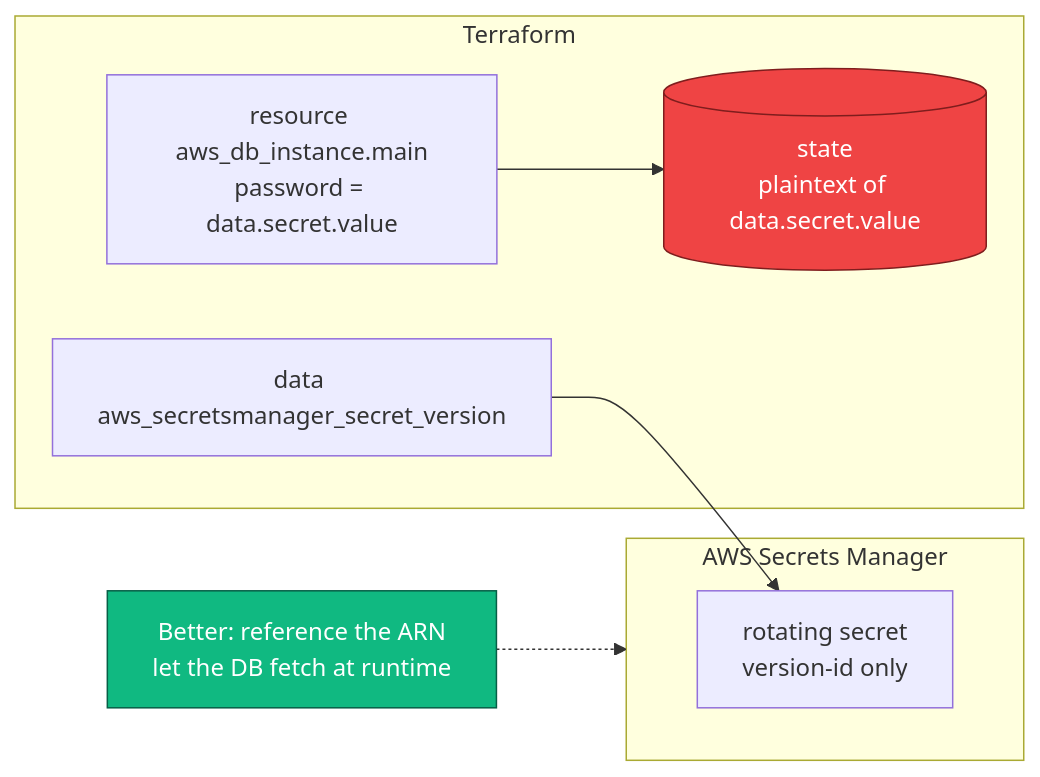
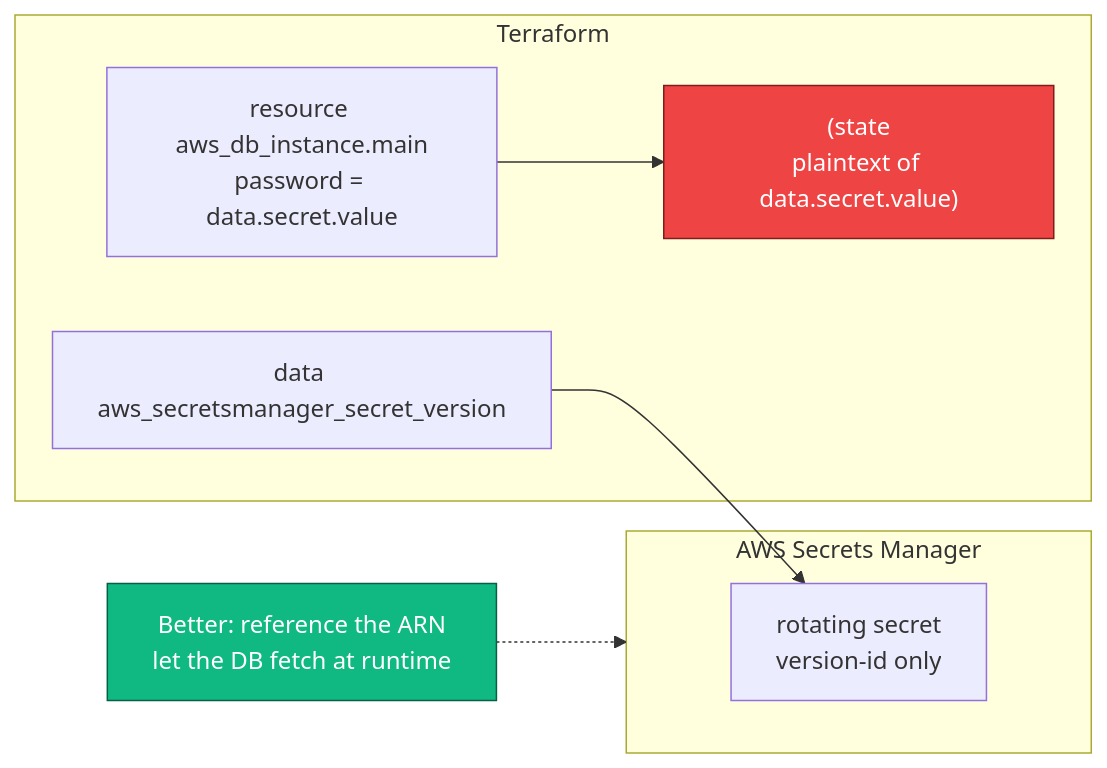
Before and after one commit to srinivaskona7/devops-learning: diagram 12 of 12 in 07-terraform/README.md, drawn with Mermaid. The commit also changed other lines of this file and 220 other files, not shown here.

````diff
--- a/07-terraform/README.md
+++ b/07-terraform/README.md
@@ -1386,16 +1468,16 @@
 ```mermaid
 flowchart LR
   subgraph tf[Terraform]
     DATA[data aws_secretsmanager_secret_version]
-    RES[resource aws_db_instance.main<br/>password = data.secret.value]
-    STATE[(state<br/>plaintext of data.secret.value)]
+    RES["resource aws_db_instance.main<br/>password = data.secret.value"]
+    STATE["(state<br/>plaintext of data.secret.value)"]
   end
   subgraph vault[AWS Secrets Manager]
-    S[rotating secret<br/>version-id only]
+    S["rotating secret<br/>version-id only"]
   end
   DATA --> S
   RES --> STATE
-  SAFE[Better: reference the ARN<br/>let the DB fetch at runtime] -.-> vault
+  SAFE["Better: reference the ARN<br/>let the DB fetch at runtime"] -.-> vault
   style STATE fill:#ef4444,stroke:#7f1d1d,color:#fff
   style SAFE fill:#10b981,stroke:#065f46,color:#fff
 ```
````
